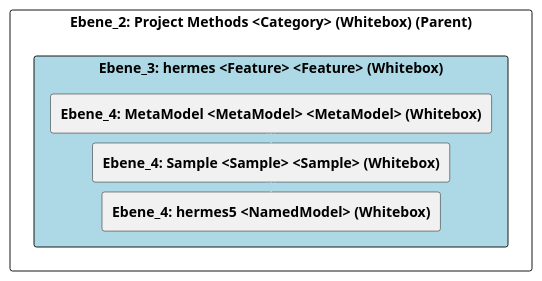
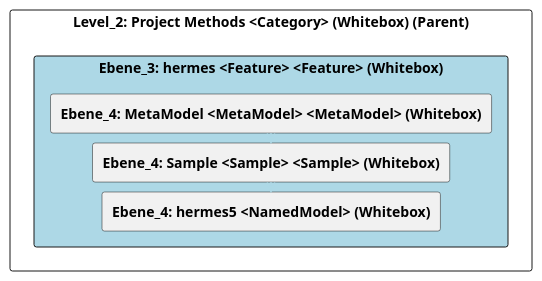
One commit to marcozwyssig/cleon changed the diagram in doc/cleonproject_deliverables_architecture_model_architecture/adoc/de/05_bausteinsicht/cleon/project_methods/hermes/ebene_3_hermes.adoc. Above: the diagram before and after it, drawn with PlantUML. The commit also changed other lines of this file and 169 other files, not shown here.

```diff
--- a/doc/cleonproject_deliverables_architecture_model_architecture/adoc/de/05_bausteinsicht/cleon/project_methods/hermes/ebene_3_hermes.adoc
+++ b/doc/cleonproject_deliverables_architecture_model_architecture/adoc/de/05_bausteinsicht/cleon/project_methods/hermes/ebene_3_hermes.adoc
@@ -20,30 +20,30 @@
 [plantuml, Ebene_3: hermes <Feature> <Feature> (Whitebox)BlockOverview, format="svg"]
 ----
 @startuml Ebene_3: hermes <Feature> <Feature> (Whitebox)BuildingBlockOverview
 
 skinparam ranksep 10
 skinparam componentStyle rectangle
 skinparam shadowing false
 skinparam arrowColor lightblue
 skinparam arrowThickness 1.2
 skinparam rectangle {
   BackgroundColor White
   BorderColor #333
   RoundCorner 10
 }
 top to bottom direction
 
-component "Ebene_2: Project Methods <Category> (Whitebox) (Parent)" {
+component "Level_2: Project Methods <Category> (Whitebox) (Parent)" {
     component "Ebene_3: hermes <Feature> <Feature> (Whitebox)" #lightblue {
         [**Ebene_4: MetaModel <MetaModel> <MetaModel> (Whitebox)**] as 4A570569_D579_11EE_903E_9F564E4DE07E
         [**Ebene_4: Sample <Sample> <Sample> (Whitebox)**] as 4A56DE3D_D579_11EE_903E_9F564E4DE07E
         [**Ebene_4: hermes5 <NamedModel> (Whitebox)**] as 4A56DE54_D579_11EE_903E_9F564E4DE07E
     }
 
     4A570569_D579_11EE_903E_9F564E4DE07E -down-> 4A56DE3D_D579_11EE_903E_9F564E4DE07E
     4A56DE3D_D579_11EE_903E_9F564E4DE07E -down-> 4A56DE54_D579_11EE_903E_9F564E4DE07E
     
 }
 
 @enduml
 ----
```
